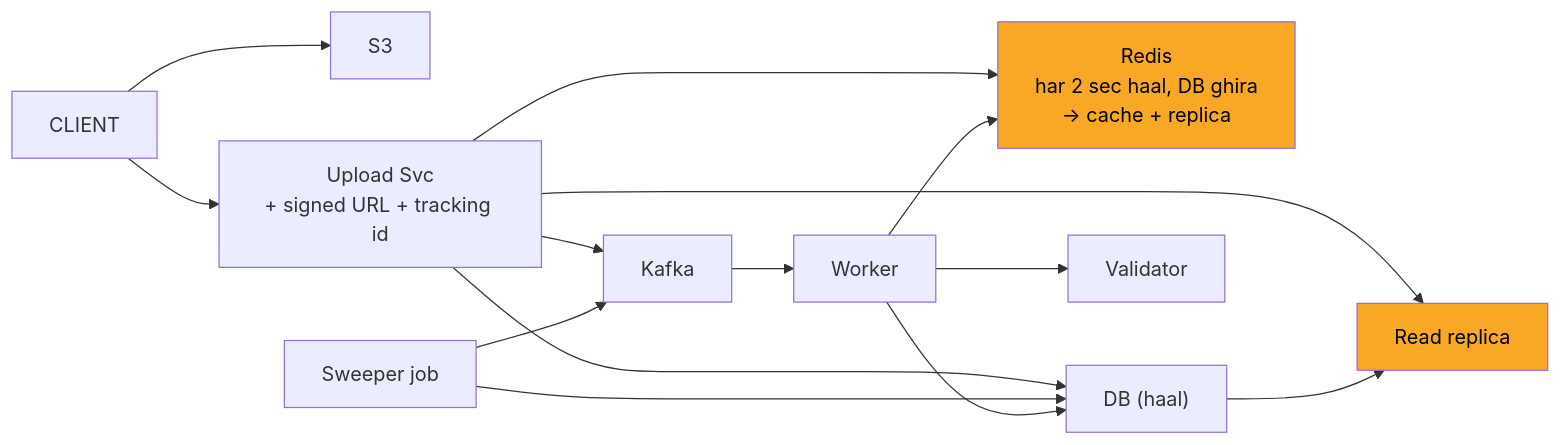
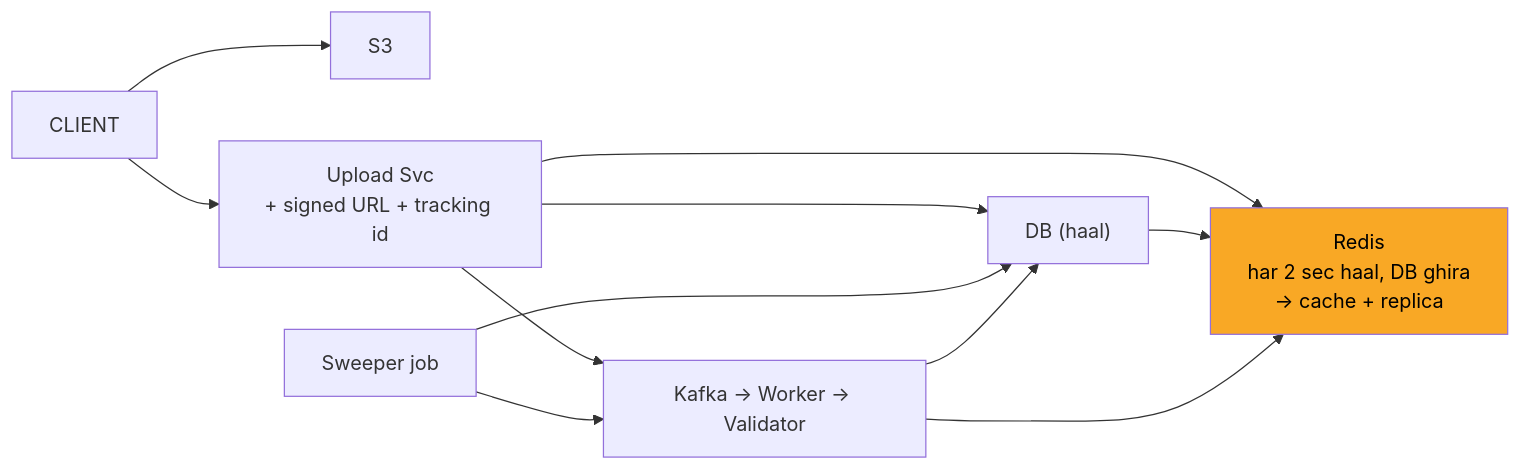
One commit to ArpanMaheshwari144/Prep changed the sixth of 11 diagrams in 04_HLD/SYSTEM_DESIGNS/07_file_upload_validate_system/07_file_upload_INTERVIEW.md. Above: the diagram before and after it, drawn with Mermaid. The commit also changed other lines of this file and 11 other files, not shown here.

Commit message:
hld: card diagrams max 8 boxes (App x N, merged stores/chains; full diagram only in AAKHRI DABBA)

````diff
--- a/04_HLD/SYSTEM_DESIGNS/07_file_upload_validate_system/07_file_upload_INTERVIEW.md
+++ b/04_HLD/SYSTEM_DESIGNS/07_file_upload_validate_system/07_file_upload_INTERVIEW.md
@@ -238,28 +238,21 @@
 ```mermaid
 flowchart LR
     n_CLIENT["CLIENT"]
     n_S3["S3"]
     n_Upload_Svc["Upload Svc<br/>+ signed URL + tracking id"]
-    n_Redis["Redis<br/>har 2 sec haal, DB ghira<br/>-> cache + replica"]
+    n_RC["Redis<br/>har 2 sec haal, DB ghira<br/>-> cache + replica"]
     n_DB["DB (haal)"]
-    n_Read_replica["Read replica"]
     n_Sweeper_job["Sweeper job"]
-    n_Kafka["Kafka"]
-    n_Worker["Worker"]
-    n_Validator["Validator"]
+    n_CHAIN["Kafka -> Worker -> Validator"]
     n_CLIENT --> n_S3
     n_CLIENT --> n_Upload_Svc
-    n_Upload_Svc --> n_Redis
+    n_Upload_Svc --> n_RC
     n_Upload_Svc --> n_DB
-    n_Upload_Svc --> n_Read_replica
-    n_DB --> n_Read_replica
-    n_Upload_Svc --> n_Kafka
+    n_DB --> n_RC
+    n_Upload_Svc --> n_CHAIN
     n_Sweeper_job --> n_DB
-    n_Sweeper_job --> n_Kafka
-    n_Kafka --> n_Worker
-    n_Worker --> n_Validator
-    n_Worker --> n_DB
-    n_Worker --> n_Redis
-    style n_Redis fill:#f9a825,color:#000
-    style n_Read_replica fill:#f9a825,color:#000
+    n_Sweeper_job --> n_CHAIN
+    n_CHAIN --> n_DB
+    n_CHAIN --> n_RC
+    style n_RC fill:#f9a825,color:#000
 ```
````
